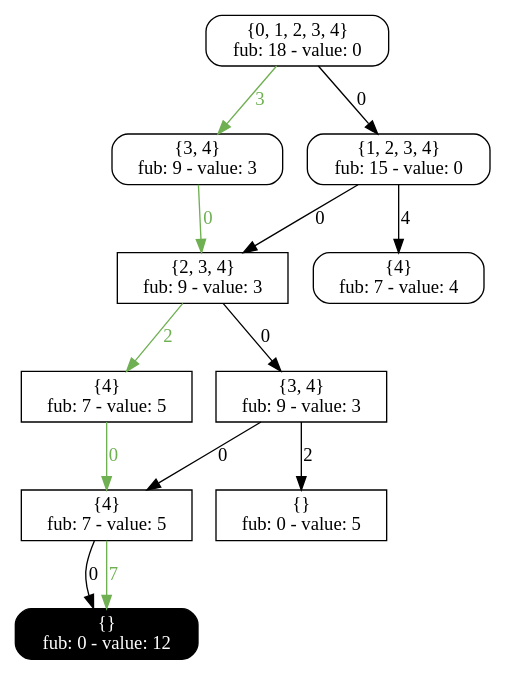
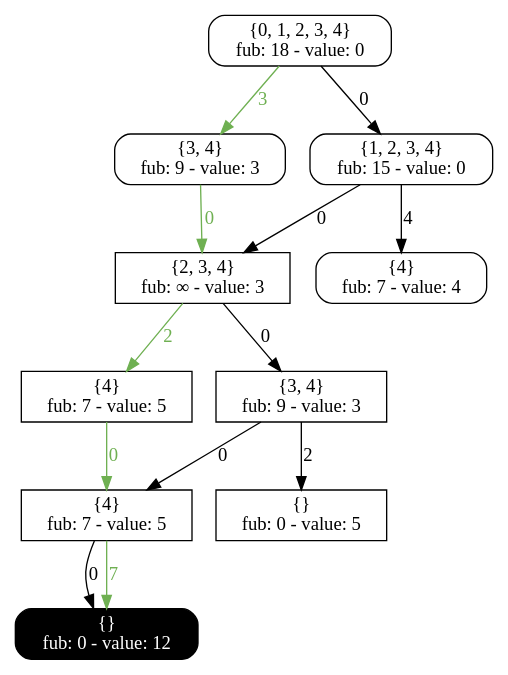
One commit to DDOLIB-CETIC-UCL/DDOLib changed the diagram in output/Misp_relaxed.dot. Above: the diagram before and after it, drawn with Graphviz. The commit also changed 5 other files, not shown here.

```diff
--- a/output/Misp_relaxed.dot
+++ b/output/Misp_relaxed.dot
@@ -1,34 +1,34 @@
 digraph relaxed{
 11 [label="{0, 1, 2, 3, 4}
 fub: 18 - value: 0", style=rounded, shape=rectangle, tooltip="Exact node"];
 13 [label="{3, 4}
 fub: 9 - value: 3", style=rounded, shape=rectangle, tooltip="Exact node"];
 12 [label="{1, 2, 3, 4}
 fub: 15 - value: 0", style=rounded, shape=rectangle, tooltip="Exact node"];
 16 [label="{4}
 fub: 7 - value: 4", style=rounded, shape=rectangle, tooltip="Exact node"];
 17 [label="{2, 3, 4}
-fub: 9 - value: 3", shape=box, tooltip="Relaxed node"];
+fub: ∞ - value: 3", shape=box, tooltip="Relaxed node"];
 19 [label="{4}
 fub: 7 - value: 5", shape=box, tooltip="Relaxed node"];
 18 [label="{3, 4}
 fub: 9 - value: 3", shape=box, tooltip="Relaxed node"];
 20 [label="{4}
 fub: 7 - value: 5", shape=box, tooltip="Relaxed node"];
 21 [label="{}
 fub: 0 - value: 5", shape=box, tooltip="Relaxed node"];
 22 [label="{}
 fub: 0 - value: 12", shape=box, tooltip="Relaxed node", style="filled, rounded", shape=rectangle, color=black, fontcolor=white, tooltip="Terminal node"];
+17 -> 19 [label=2, tooltip="Decision: assign 1 to var 2", color="#6fb052", fontcolor="#6fb052"];
+20 -> 22 [label=0, tooltip="Decision: assign 0 to var 4"];
+13 -> 17 [label=0, tooltip="Decision: assign 0 to var 1", color="#6fb052", fontcolor="#6fb052"];
+12 -> 16 [label=4, tooltip="Decision: assign 1 to var 1"];
+12 -> 17 [label=0, tooltip="Decision: assign 0 to var 1"];
+18 -> 21 [label=2, tooltip="Decision: assign 1 to var 3"];
+11 -> 12 [label=0, tooltip="Decision: assign 0 to var 0"];
+18 -> 20 [label=0, tooltip="Decision: assign 0 to var 3"];
+17 -> 18 [label=0, tooltip="Decision: assign 0 to var 2"];
 11 -> 13 [label=3, tooltip="Decision: assign 1 to var 0", color="#6fb052", fontcolor="#6fb052"];
-18 -> 21 [label=2, tooltip="Decision: assign 1 to var 3"];
-17 -> 19 [label=2, tooltip="Decision: assign 1 to var 2", color="#6fb052", fontcolor="#6fb052"];
 19 -> 20 [label=0, tooltip="Decision: assign 0 to var 3", color="#6fb052", fontcolor="#6fb052"];
-11 -> 12 [label=0, tooltip="Decision: assign 0 to var 0"];
-17 -> 18 [label=0, tooltip="Decision: assign 0 to var 2"];
-12 -> 17 [label=0, tooltip="Decision: assign 0 to var 1"];
-18 -> 20 [label=0, tooltip="Decision: assign 0 to var 3"];
-13 -> 17 [label=0, tooltip="Decision: assign 0 to var 1", color="#6fb052", fontcolor="#6fb052"];
-20 -> 22 [label=0, tooltip="Decision: assign 0 to var 4"];
-12 -> 16 [label=4, tooltip="Decision: assign 1 to var 1"];
 20 -> 22 [label=7, tooltip="Decision: assign 1 to var 4", color="#6fb052", fontcolor="#6fb052"];
 }
```
